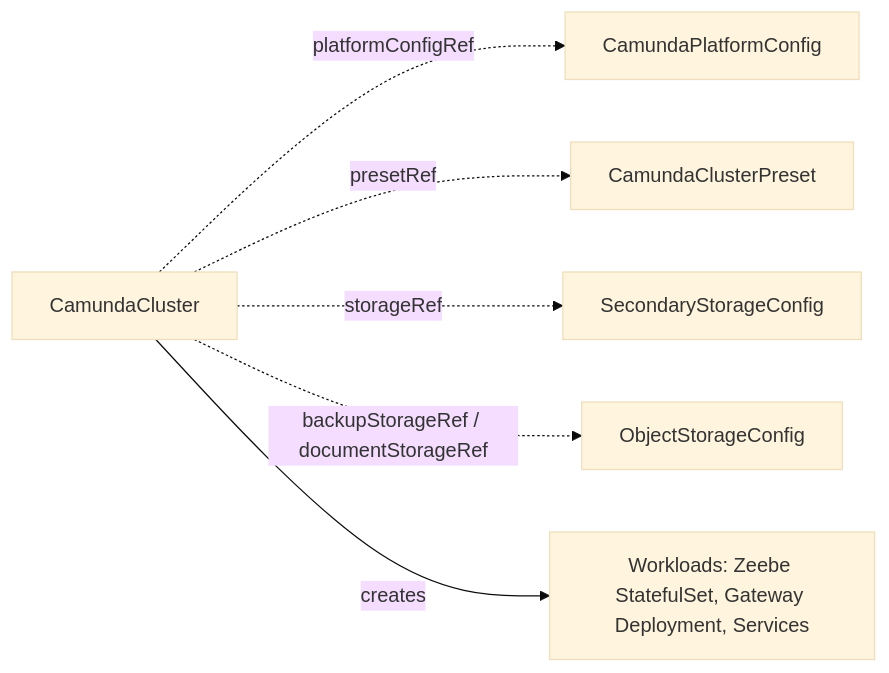
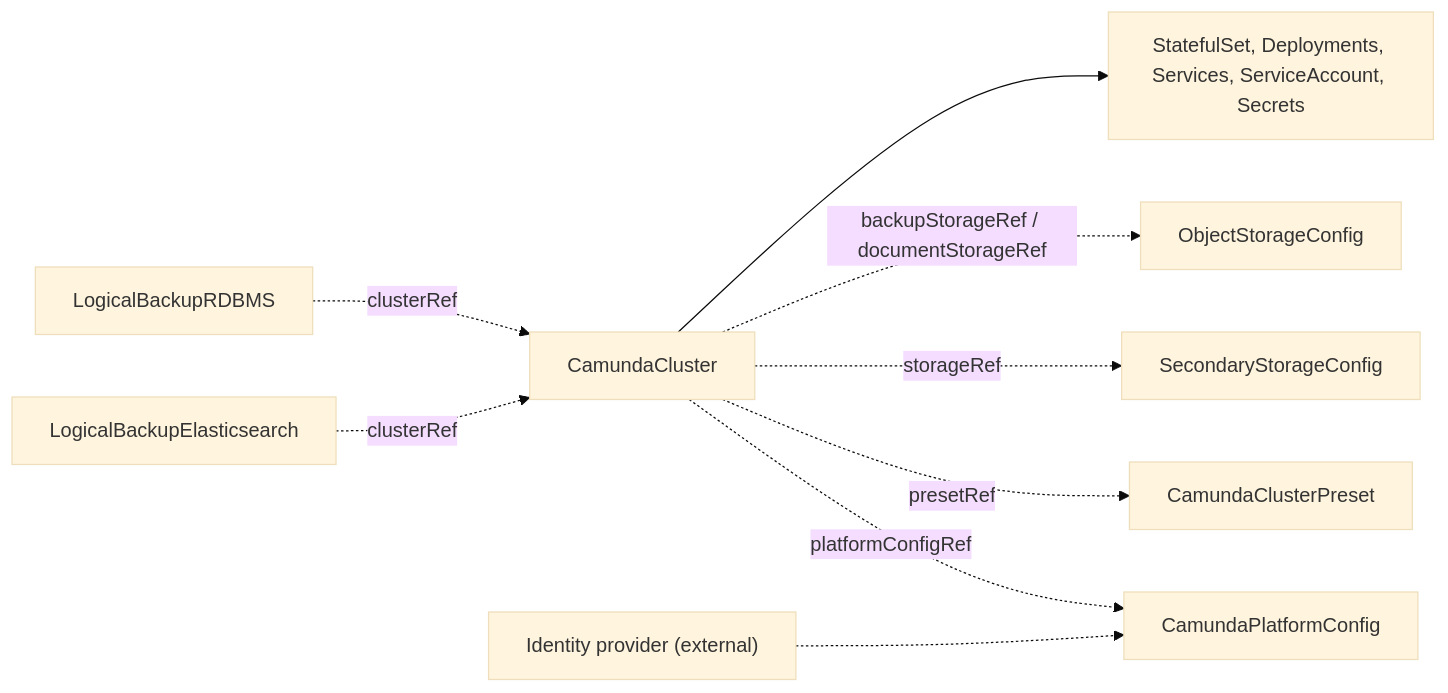
Before and after one commit to konsole-is/camunda-operator: the diagram in docs/crds/camundacluster.md, drawn with Mermaid (base theme). The commit also changed other lines of this file and 30 other files, not shown here.

````diff
--- a/docs/crds/camundacluster.md
+++ b/docs/crds/camundacluster.md
@@ -52,8 +34,11 @@
 ```mermaid
 graph LR
     CC[CamundaCluster] -.->|platformConfigRef| PFC[CamundaPlatformConfig]
     CC -.->|presetRef| CCP[CamundaClusterPreset]
-    CC -.->|storageRef| SSC["SecondaryStorageConfig"]
-    CC -.->|backupStorageRef / documentStorageRef| OSC["ObjectStorageConfig"]
-    CC -->|creates| WL["Workloads: Zeebe StatefulSet, Gateway Deployment, Services"]
+    CC -.->|storageRef| SSC[SecondaryStorageConfig]
+    CC -.->|backupStorageRef / documentStorageRef| OSC[ObjectStorageConfig]
+    CC --> WL["StatefulSet, Deployments, Services, ServiceAccount, Secrets"]
+    LBE[LogicalBackupElasticsearch] -.->|clusterRef| CC
+    LBR[LogicalBackupRDBMS] -.->|clusterRef| CC
+    IDP["Identity provider (external)"] -.-> PFC
 ```
````
